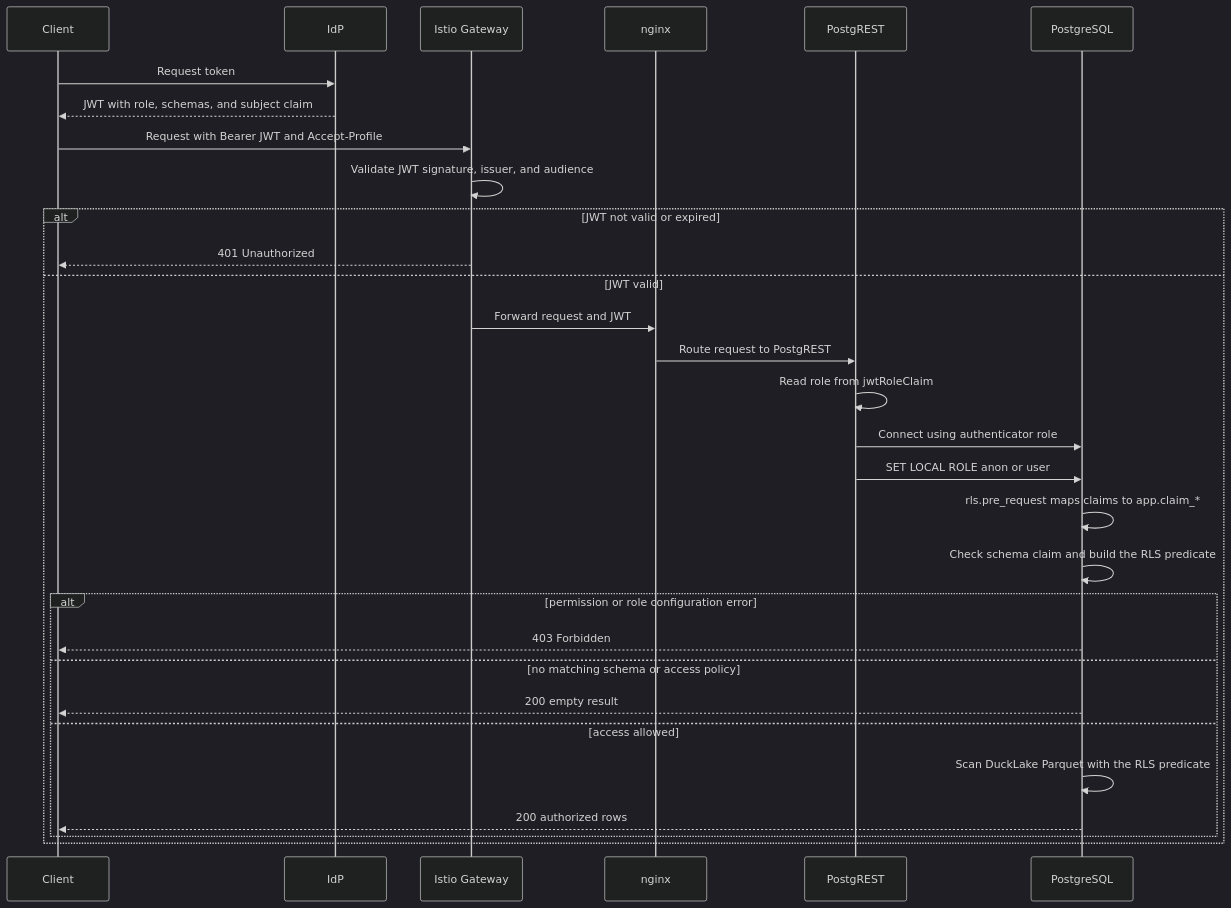
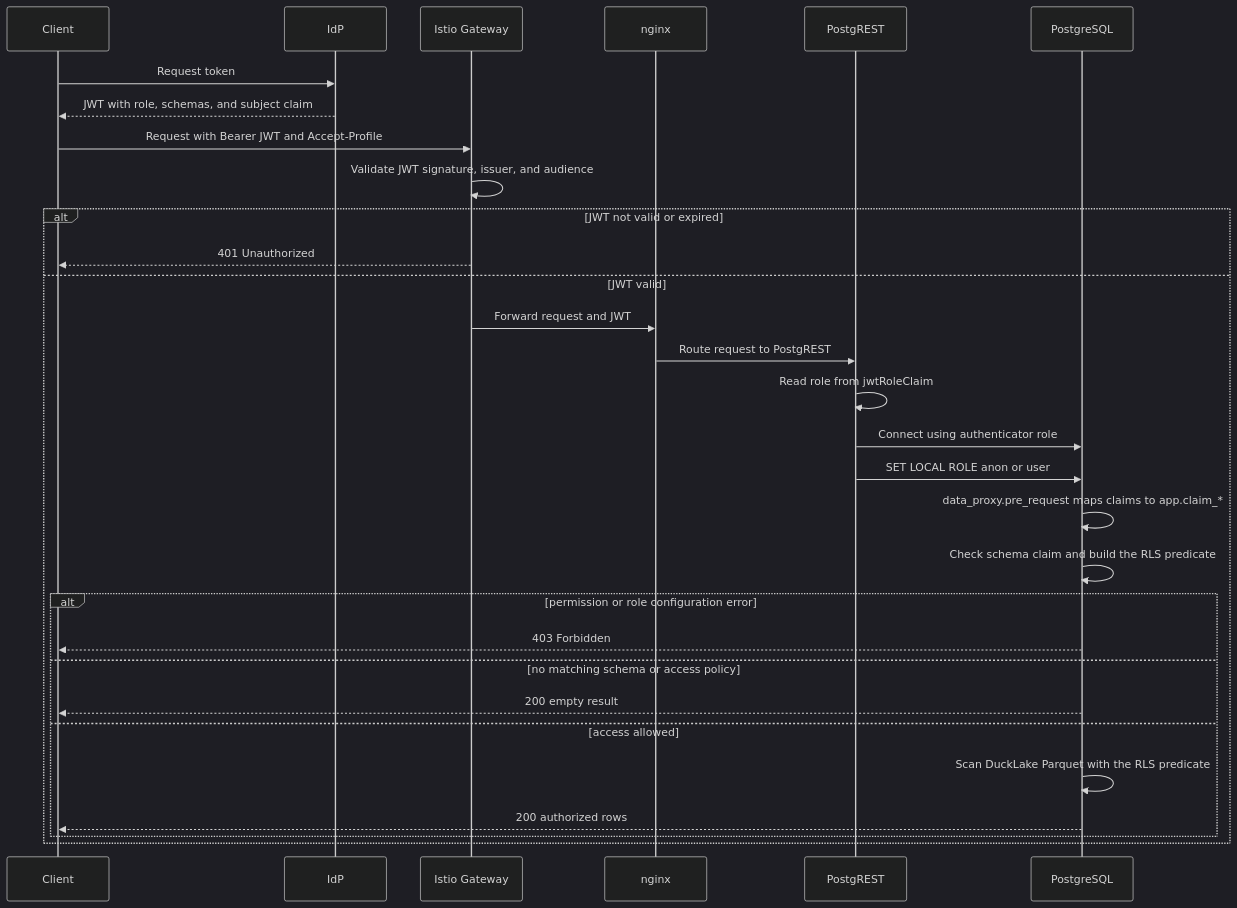
The first of 2 diagrams in docs/security.md (prefeitura-rio/data-proxy), drawn with Mermaid (dark theme) before and after one commit. The commit also changed other lines of this file and 16 other files, not shown here.

First line of the commit message:
refactor(postgrest): move pre-request hook to data_proxy

````diff
--- a/docs/security.md
+++ b/docs/security.md
@@ -52,33 +52,33 @@
 ```mermaid
 sequenceDiagram
     participant C as Client
     participant I as IdP
     participant G as Istio Gateway
     participant N as nginx
     participant P as PostgREST
     participant DB as PostgreSQL
 
     C->>I: Request token
     I-->>C: JWT with role, schemas, and subject claim
     C->>G: Request with Bearer JWT and Accept-Profile
     G->>G: Validate JWT signature, issuer, and audience
     alt JWT not valid or expired
         G-->>C: 401 Unauthorized
     else JWT valid
         G->>N: Forward request and JWT
         N->>P: Route request to PostgREST
         P->>P: Read role from jwtRoleClaim
         P->>DB: Connect using authenticator role
         P->>DB: SET LOCAL ROLE anon or user
-        DB->>DB: rls.pre_request maps claims to app.claim_*
+        DB->>DB: data_proxy.pre_request maps claims to app.claim_*
         DB->>DB: Check schema claim and build the RLS predicate
         alt permission or role configuration error
             DB-->>C: 403 Forbidden
         else no matching schema or access policy
             DB-->>C: 200 empty result
         else access allowed
             DB->>DB: Scan DuckLake Parquet with the RLS predicate
             DB-->>C: 200 authorized rows
         end
     end
 ```
````
